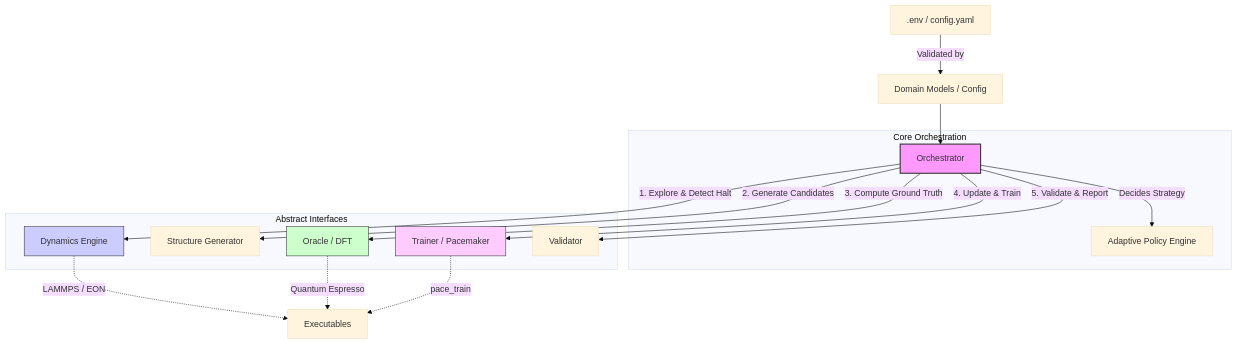
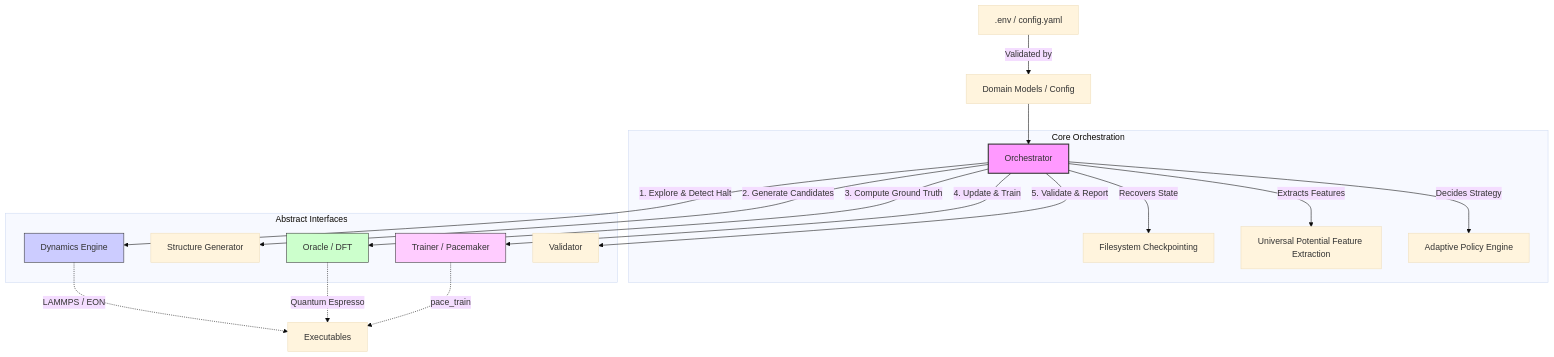
One commit to tsuyama1990/mlip_pipelines changed the diagram in dev_documents/system_prompts/SYSTEM_ARCHITECTURE.md. Above: the diagram before and after it, drawn with Mermaid (base theme). The commit also changed other lines of this file and 8 other files, not shown here.

First line of the commit message:
docs: refine architecture and cycle documentation based on critic review

````diff
--- a/dev_documents/system_prompts/SYSTEM_ARCHITECTURE.md
+++ b/dev_documents/system_prompts/SYSTEM_ARCHITECTURE.md
@@ -31,35 +31,39 @@
 ```mermaid
 graph TD
     UserConfig[.env / config.yaml] -->|Validated by| Pydantic[Domain Models / Config]
     Pydantic --> Orchestrator
 
     subgraph Core Orchestration
         Orchestrator
+        StateRecovery[Filesystem Checkpointing]
+        ColdStart[Universal Potential Feature Extraction]
         PolicyEngine[Adaptive Policy Engine]
     end
 
+    Orchestrator -->|Recovers State| StateRecovery
+    Orchestrator -->|Extracts Features| ColdStart
     Orchestrator -->|Decides Strategy| PolicyEngine
 
     subgraph Abstract Interfaces
         AbstractDynamics[Dynamics Engine]
         AbstractGenerator[Structure Generator]
         AbstractOracle[Oracle / DFT]
         AbstractTrainer[Trainer / Pacemaker]
         AbstractValidator[Validator]
     end
 
     Orchestrator -->|1. Explore & Detect Halt| AbstractDynamics
     Orchestrator -->|2. Generate Candidates| AbstractGenerator
     Orchestrator -->|3. Compute Ground Truth| AbstractOracle
     Orchestrator -->|4. Update & Train| AbstractTrainer
     Orchestrator -->|5. Validate & Report| AbstractValidator
 
     AbstractDynamics -.->|LAMMPS / EON| Executables
     AbstractOracle -.->|Quantum Espresso| Executables
     AbstractTrainer -.->|pace_train| Executables
 
     style Orchestrator fill:#f9f,stroke:#333,stroke-width:2px
     style AbstractDynamics fill:#ccf,stroke:#333
     style AbstractOracle fill:#cfc,stroke:#333
     style AbstractTrainer fill:#fcf,stroke:#333
 ```
````
